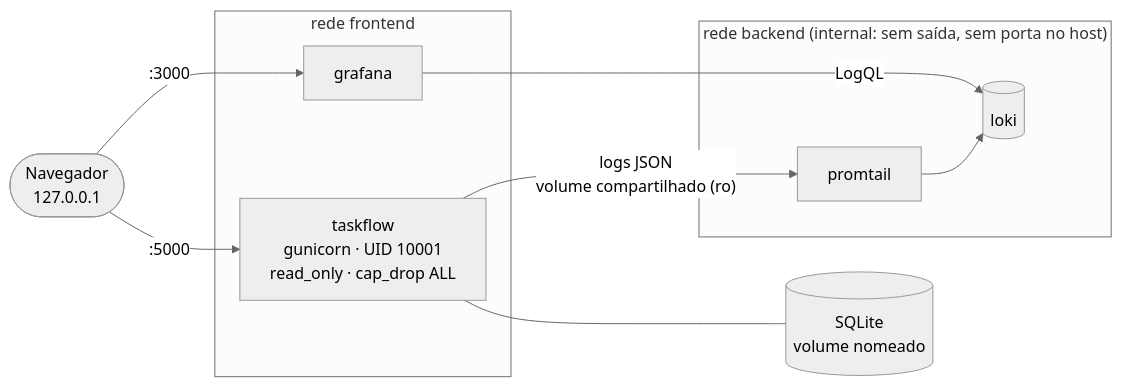
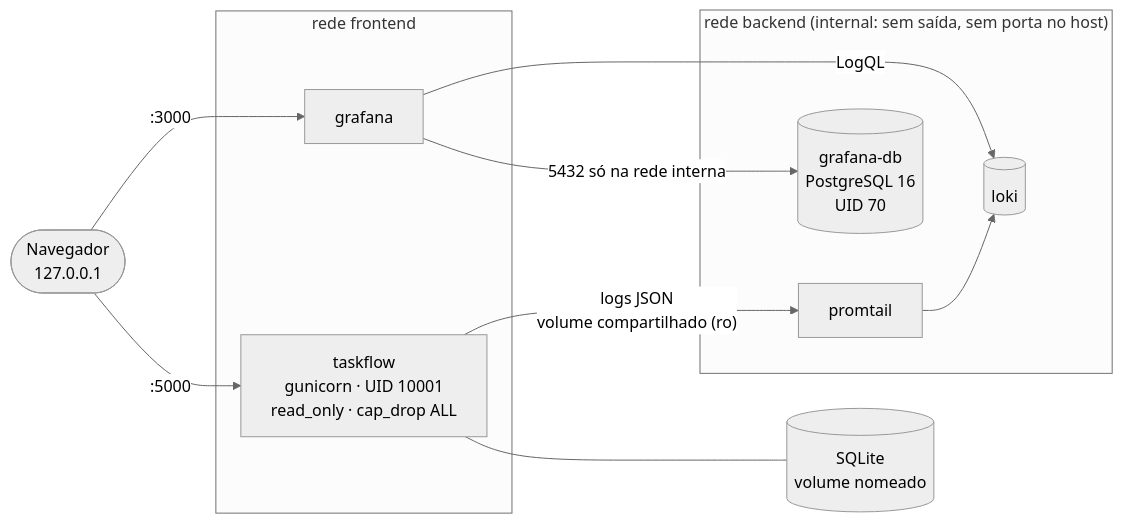
The second of 2 diagrams in README.md (rafaelholder/taskflow-devsecops), drawn with Mermaid (neutral theme) before and after one commit. The commit also changed other lines of this file and 13 other files, not shown here.

````diff
--- a/README.md
+++ b/README.md
@@ -63,15 +63,17 @@
 ```mermaid
 flowchart LR
     U(["Navegador<br/>127.0.0.1"]) -->|":5000"| APP
     U -->|":3000"| GRAF
     subgraph frontend["rede frontend"]
         APP["taskflow<br/>gunicorn · UID 10001<br/>read_only · cap_drop ALL"]
         GRAF["grafana"]
     end
     subgraph backend["rede backend (internal: sem saída, sem porta no host)"]
         PT["promtail"] --> LOKI[("loki")]
+        GDB[("grafana-db<br/>PostgreSQL 16<br/>UID 70")]
     end
     APP -- "logs JSON<br/>volume compartilhado (ro)" --> PT
     GRAF -- "LogQL" --> LOKI
+    GRAF -- "5432 só na rede interna" --> GDB
     APP --- DB[("SQLite<br/>volume nomeado")]
 ```
````
